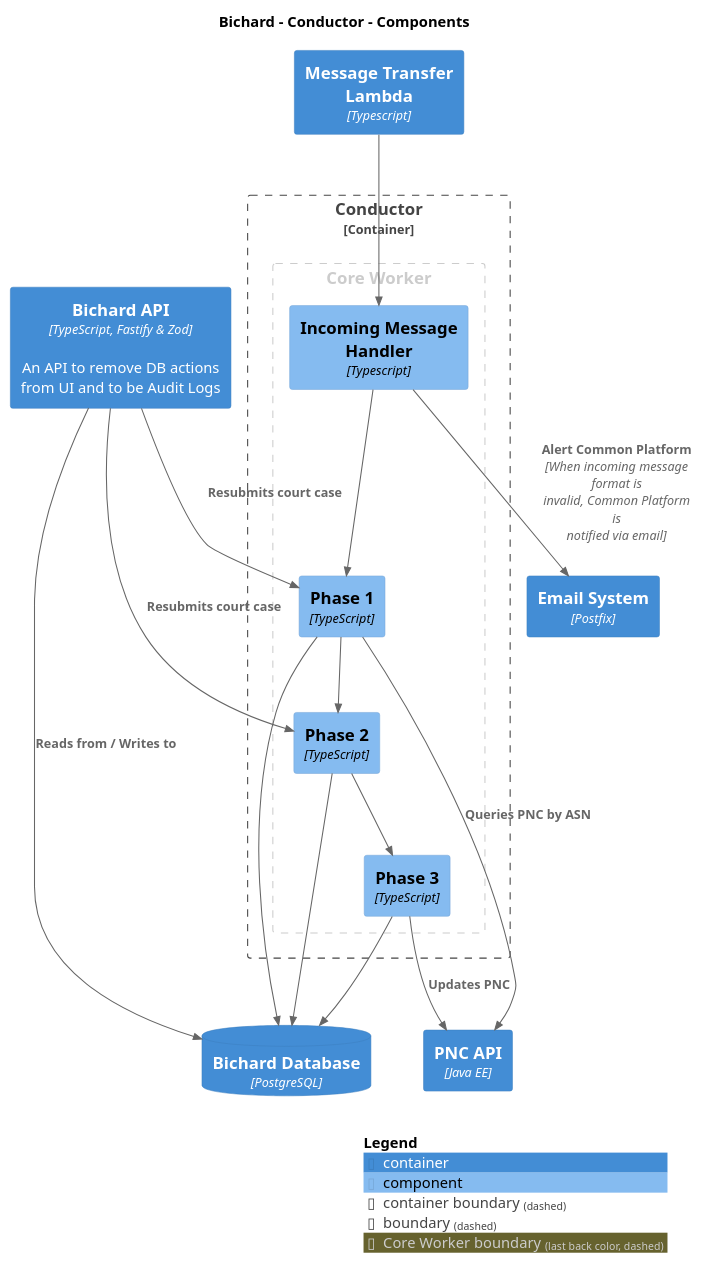
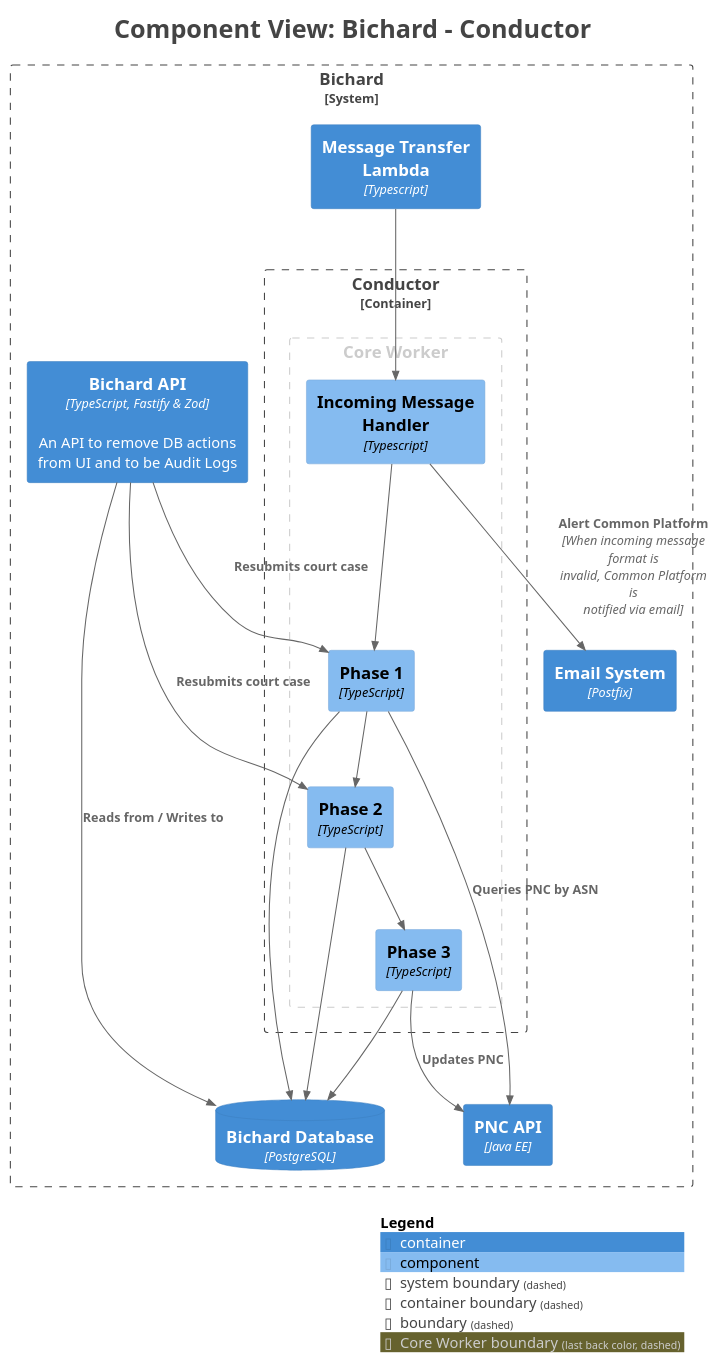
The diagram in main/puml/Component-001.puml (ministryofjustice/bichard7-next-core), drawn with PlantUML before and after one commit. The commit also changed 143 other files, not shown here.

Commit message:
Deploying to gh-pages from @ ministryofjustice/bichard7-next-core@0b9c6979097c26f644f0ad2f5e6216f7b44297ed 🚀

```diff
--- a/main/puml/Component-001.puml
+++ b/main/puml/Component-001.puml
@@ -1,44 +1,54 @@
 @startuml
+title <size:24>Component View: Bichard - Conductor</size>
+
 set separator none
-title Bichard - Conductor - Components
+top to bottom direction
 
-top to bottom direction
+<style>
+  root {
+    BackgroundColor: #ffffff
+    FontColor: #444444
+  }
+</style>
 
 !include <C4/C4>
 !include <C4/C4_Context>
 !include <C4/C4_Container>
 !include <C4/C4_Component>
 
-Container(Bichard.MessageTransferLambda, "Message Transfer Lambda", $techn="Typescript", $descr="", $tags="", $link="")
-ContainerDb(Bichard.BichardDatabase, "Bichard Database", $techn="PostgreSQL", $descr="", $tags="", $link="")
-Container(Bichard.EmailSystem, "Email System", $techn="Postfix", $descr="", $tags="", $link="")
-Container(Bichard.PNCAPI, "PNC API", $techn="Java EE", $descr="", $tags="", $link="")
-Container(Bichard.BichardAPI, "Bichard API", $techn="TypeScript, Fastify & Zod", $descr="An API to remove DB actions from UI and to be Audit Logs", $tags="", $link="")
+System_Boundary("Bichard_boundary", "Bichard", $tags="") {
+  Container_Boundary("Bichard.Conductor_boundary", "Conductor", $tags="") {
+    AddBoundaryTag("Core Worker", $borderColor="#cccccc", $fontColor="#cccccc", $borderStyle="dashed")
+    Boundary(group_1, "Core Worker", $tags="Core Worker") {
+      Component(Bichard.Conductor.IncomingMessageHandler, "Incoming Message Handler", $techn="Typescript", $descr="", $tags="", $link="")
+      Component(Bichard.Conductor.Phase1, "Phase 1", $techn="TypeScript", $descr="", $tags="", $link="")
+      Component(Bichard.Conductor.Phase2, "Phase 2", $techn="TypeScript", $descr="", $tags="", $link="")
+      Component(Bichard.Conductor.Phase3, "Phase 3", $techn="TypeScript", $descr="", $tags="", $link="")
+    }
 
-Container_Boundary("Bichard.Conductor_boundary", "Conductor", $tags="") {
-  AddBoundaryTag("Core Worker", $borderColor="#cccccc", $fontColor="#cccccc", $borderStyle="dashed")
-  Boundary(group_1, "Core Worker", $tags="Core Worker") {
-    Component(Bichard.Conductor.IncomingMessageHandler, "Incoming Message Handler", $techn="Typescript", $descr="", $tags="", $link="")
-    Component(Bichard.Conductor.Phase1, "Phase 1", $techn="TypeScript", $descr="", $tags="", $link="")
-    Component(Bichard.Conductor.Phase2, "Phase 2", $techn="TypeScript", $descr="", $tags="", $link="")
-    Component(Bichard.Conductor.Phase3, "Phase 3", $techn="TypeScript", $descr="", $tags="", $link="")
   }
 
+  Container(Bichard.MessageTransferLambda, "Message Transfer Lambda", $techn="Typescript", $descr="", $tags="", $link="")
+  ContainerDb(Bichard.BichardDatabase, "Bichard Database", $techn="PostgreSQL", $descr="", $tags="", $link="")
+  Container(Bichard.EmailSystem, "Email System", $techn="Postfix", $descr="", $tags="", $link="")
+  Container(Bichard.PNCAPI, "PNC API", $techn="Java EE", $descr="", $tags="", $link="")
+  Container(Bichard.BichardAPI, "Bichard API", $techn="TypeScript, Fastify & Zod", $descr="An API to remove DB actions from UI and to be Audit Logs", $tags="", $link="")
 }
 
 Rel(Bichard.MessageTransferLambda, Bichard.Conductor.IncomingMessageHandler, "", $techn="", $tags="", $link="")
 Rel(Bichard.Conductor.IncomingMessageHandler, Bichard.Conductor.Phase1, "", $techn="", $tags="", $link="")
 Rel(Bichard.Conductor.Phase1, Bichard.Conductor.Phase2, "", $techn="", $tags="", $link="")
 Rel(Bichard.Conductor.Phase2, Bichard.Conductor.Phase3, "", $techn="", $tags="", $link="")
 Rel(Bichard.Conductor.Phase1, Bichard.PNCAPI, "Queries PNC by ASN", $techn="", $tags="", $link="")
 Rel(Bichard.Conductor.Phase3, Bichard.PNCAPI, "Updates PNC", $techn="", $tags="", $link="")
 Rel(Bichard.Conductor.Phase1, Bichard.BichardDatabase, "", $techn="", $tags="", $link="")
 Rel(Bichard.Conductor.Phase2, Bichard.BichardDatabase, "", $techn="", $tags="", $link="")
 Rel(Bichard.Conductor.Phase3, Bichard.BichardDatabase, "", $techn="", $tags="", $link="")
 Rel(Bichard.Conductor.IncomingMessageHandler, Bichard.EmailSystem, "Alert Common Platform", $techn="When incoming message format is invalid, Common Platform is notified via email", $tags="", $link="")
 Rel(Bichard.BichardAPI, Bichard.Conductor.Phase1, "Resubmits court case", $techn="", $tags="", $link="")
 Rel(Bichard.BichardAPI, Bichard.Conductor.Phase2, "Resubmits court case", $techn="", $tags="", $link="")
 Rel(Bichard.BichardAPI, Bichard.BichardDatabase, "Reads from / Writes to", $techn="", $tags="", $link="")
 
 SHOW_LEGEND(true)
+hide stereotypes
 @enduml
```
